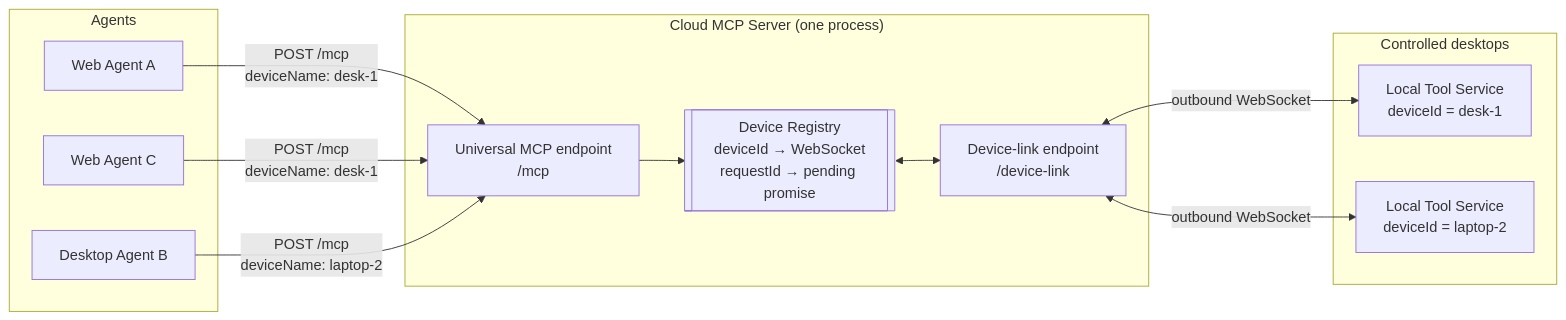
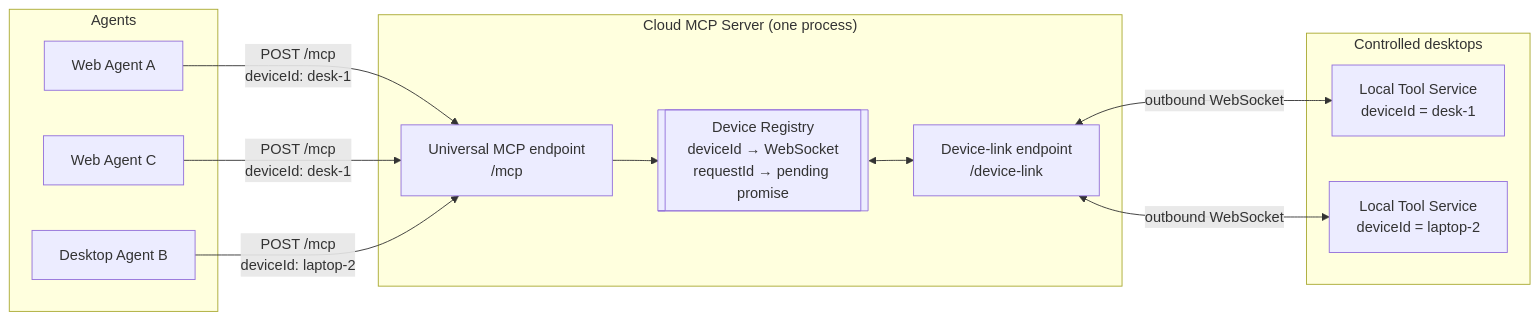
The first of 4 diagrams in docs/MULTI_DEVICE_FLOW.md (Marathe-Dev/MCPServer), drawn with Mermaid before and after one commit. The commit also changed other lines of this file and 32 other files, not shown here.

Commit message:
added DeviceId and Device Name

````diff
--- a/docs/MULTI_DEVICE_FLOW.md
+++ b/docs/MULTI_DEVICE_FLOW.md
@@ -34,27 +34,27 @@
 ```mermaid
 graph LR
     subgraph Agents
         A1[Web Agent A]
         A2[Desktop Agent B]
         A3[Web Agent C]
     end
 
     subgraph Cloud["Cloud MCP Server (one process)"]
         MCP["Universal MCP endpoint<br/>/mcp"]
         REG[["Device Registry<br/>deviceId → WebSocket<br/>requestId → pending promise"]]
         LINK["Device-link endpoint<br/>/device-link"]
     end
 
     subgraph Devices["Controlled desktops"]
         D1["Local Tool Service<br/>deviceId = desk-1"]
         D2["Local Tool Service<br/>deviceId = laptop-2"]
     end
 
-    A1 -->|"POST /mcp<br/>deviceName: desk-1"| MCP
-    A3 -->|"POST /mcp<br/>deviceName: desk-1"| MCP
-    A2 -->|"POST /mcp<br/>deviceName: laptop-2"| MCP
+    A1 -->|"POST /mcp<br/>deviceId: desk-1"| MCP
+    A3 -->|"POST /mcp<br/>deviceId: desk-1"| MCP
+    A2 -->|"POST /mcp<br/>deviceId: laptop-2"| MCP
     MCP --> REG
     REG <--> LINK
     LINK <-->|"outbound WebSocket"| D1
     LINK <-->|"outbound WebSocket"| D2
 ```
````
